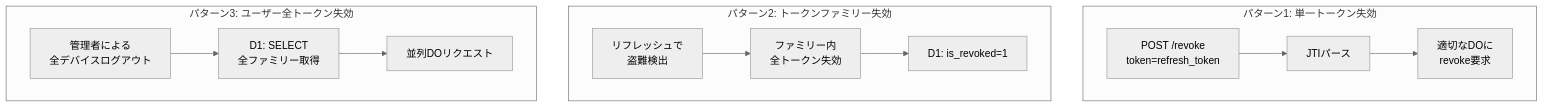
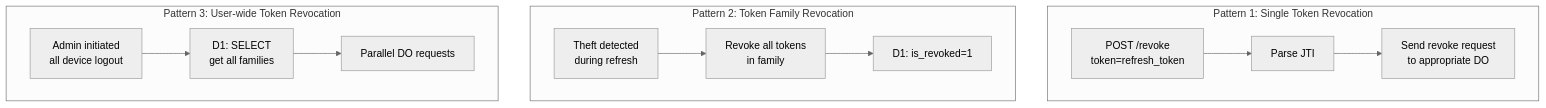
The second of 3 diagrams in docs/architecture/refresh-token-sharding.md (sgrastar/authrim), drawn with Mermaid (neutral theme) before and after one commit. The commit also changed other lines of this file and 28 other files, not shown here.

````diff
--- a/docs/architecture/refresh-token-sharding.md
+++ b/docs/architecture/refresh-token-sharding.md
@@ -287,23 +287,23 @@
 ```mermaid
 flowchart TB
-    subgraph Pattern1["パターン1: 単一トークン失効"]
+    subgraph Pattern1["Pattern 1: Single Token Revocation"]
         R1["POST /revoke<br/>token=refresh_token"]
-        P1["JTIパース"]
-        DO1["適切なDOに<br/>revoke要求"]
+        P1["Parse JTI"]
+        DO1["Send revoke request<br/>to appropriate DO"]
         R1 --> P1 --> DO1
     end
 
-    subgraph Pattern2["パターン2: トークンファミリー失効"]
-        R2["リフレッシュで<br/>盗難検出"]
-        DO2["ファミリー内<br/>全トークン失効"]
+    subgraph Pattern2["Pattern 2: Token Family Revocation"]
+        R2["Theft detected<br/>during refresh"]
+        DO2["Revoke all tokens<br/>in family"]
         D12["D1: is_revoked=1"]
         R2 --> DO2 --> D12
     end
 
-    subgraph Pattern3["パターン3: ユーザー全トークン失効"]
-        R3["管理者による<br/>全デバイスログアウト"]
-        DB3["D1: SELECT<br/>全ファミリー取得"]
-        PARA["並列DOリクエスト"]
+    subgraph Pattern3["Pattern 3: User-wide Token Revocation"]
+        R3["Admin initiated<br/>all device logout"]
+        DB3["D1: SELECT<br/>get all families"]
+        PARA["Parallel DO requests"]
         R3 --> DB3 --> PARA
     end
 ```
````
